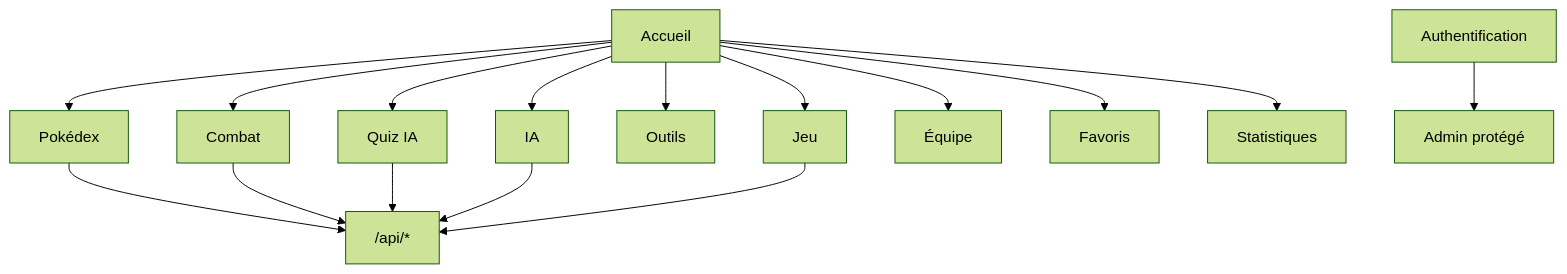
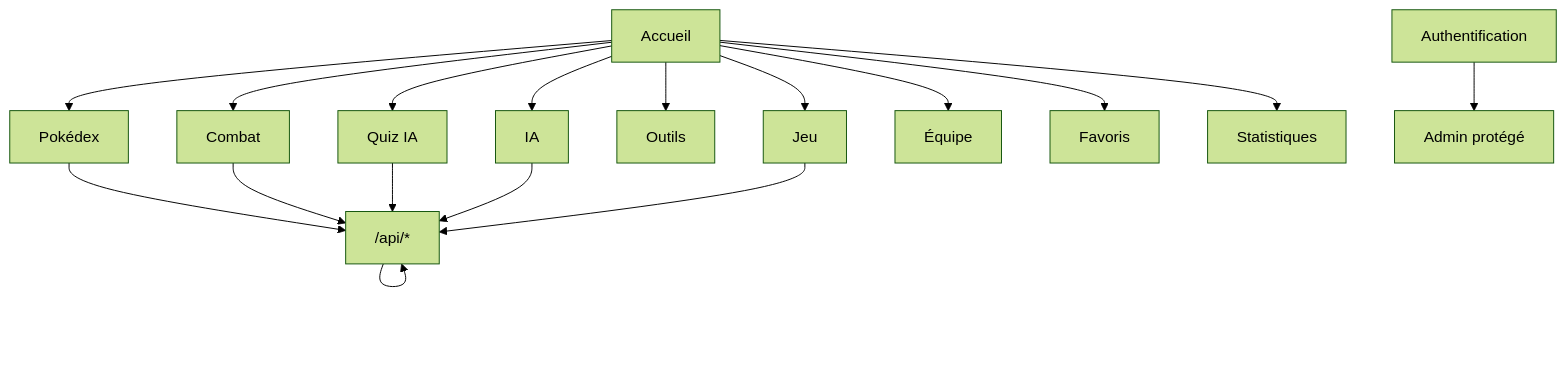
The diagram in README.md (Thibault-megard1/pokedex-ai-v2), drawn with Mermaid (forest theme) before and after one commit.

Commit message:
Update API navigation details in README
Clarified API navigation in the README.

````diff
--- a/README.md
+++ b/README.md
@@ -19,20 +19,22 @@
 ```mermaid
     graph TD
         Accueil[Accueil] --> Pokedex[Pokédex]
         Accueil --> Combat[Combat]
         Accueil --> Quiz[Quiz IA]
         Accueil --> Jeu[Jeu]
         Accueil --> Outils[Outils]
         Accueil --> IA[IA]
         Accueil --> Equipe[Équipe]
         Accueil --> Favoris[Favoris]
         Accueil --> Stats[Statistiques]
     
         Auth[Authentification] --> Admin[Admin protégé]
     
-        Pokedex --> API["/api/*"]
+        Pokedex --> API
         Combat --> API
         Quiz --> API
         IA --> API
         Jeu --> API
+
+        API --> API["/api/*"]
 ```
````
